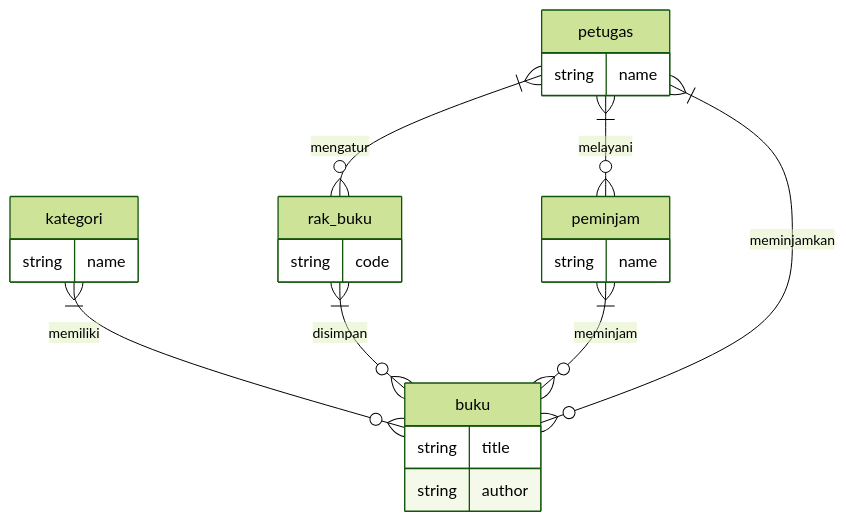
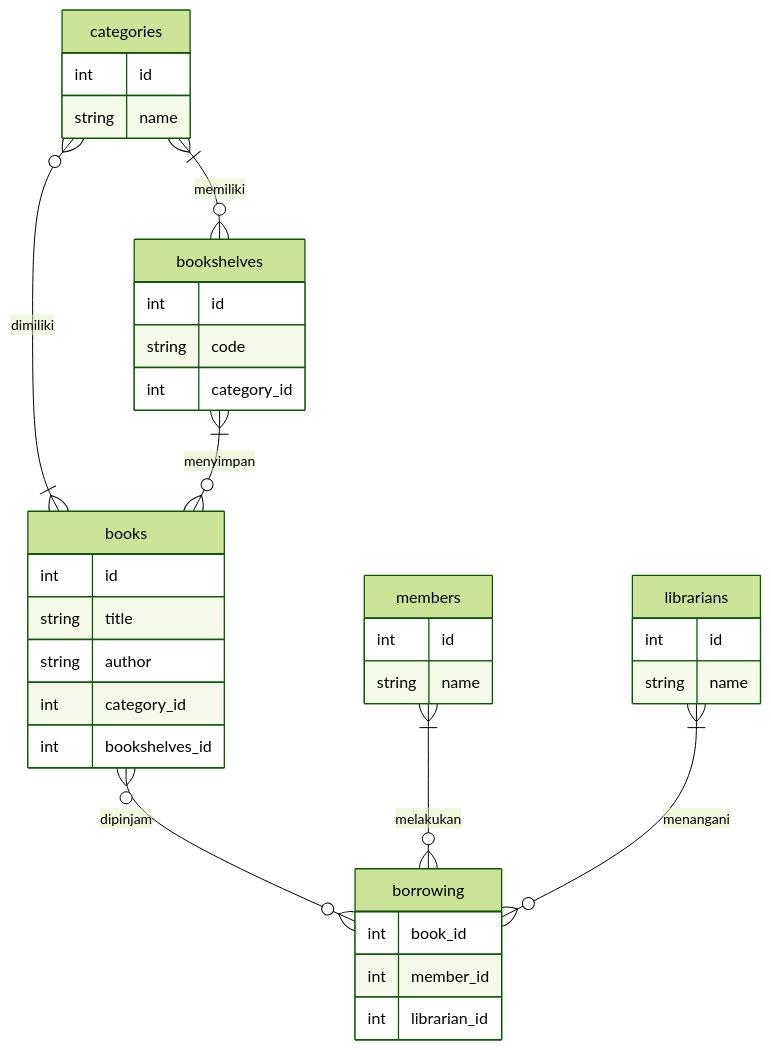
Before and after one commit to federus1105/koda-b4-db1: the diagram in erd/README.md, drawn with Mermaid (forest theme).

Commit message:
Fix ( erd ) : relation and atribute table

````diff
--- a/erd/README.md
+++ b/erd/README.md
@@ -3,27 +3,46 @@
 ```mermaid
 erDiagram
-buku {
+books {
+    int id
     string title
     string author
+    int category_id
+    int bookshelves_id
 }
-kategori {
-    string name
-}
-rak_buku {
-    string code
-}
-peminjam {
-    string name
-}
-petugas {
+
+categories {
+    int id
     string name
 }
 
-kategori }|--o{ buku : memiliki
-rak_buku }|--o{ buku : disimpan
-peminjam }|--o{ buku : meminjam
-petugas }|--O{ buku : meminjamkan
-petugas }|--o{ peminjam : melayani
-petugas }|--o{rak_buku : mengatur
+bookshelves{
+    int id
+    string code
+    int category_id
+}
 
+members {
+    int id
+    string name
+}
+
+librarians {
+    int id
+    string name
+}
+
+borrowing {
+    int book_id
+    int member_id
+    int librarian_id
+}
+
+categories }|--o{bookshelves : memiliki
+
+categories }o--|{books: dimiliki
+bookshelves }|--o{books: menyimpan
+
+books }o--o{ borrowing: dipinjam
+members }|--o{borrowing : melakukan
+librarians }|--o{borrowing : menangani
 ```
````
